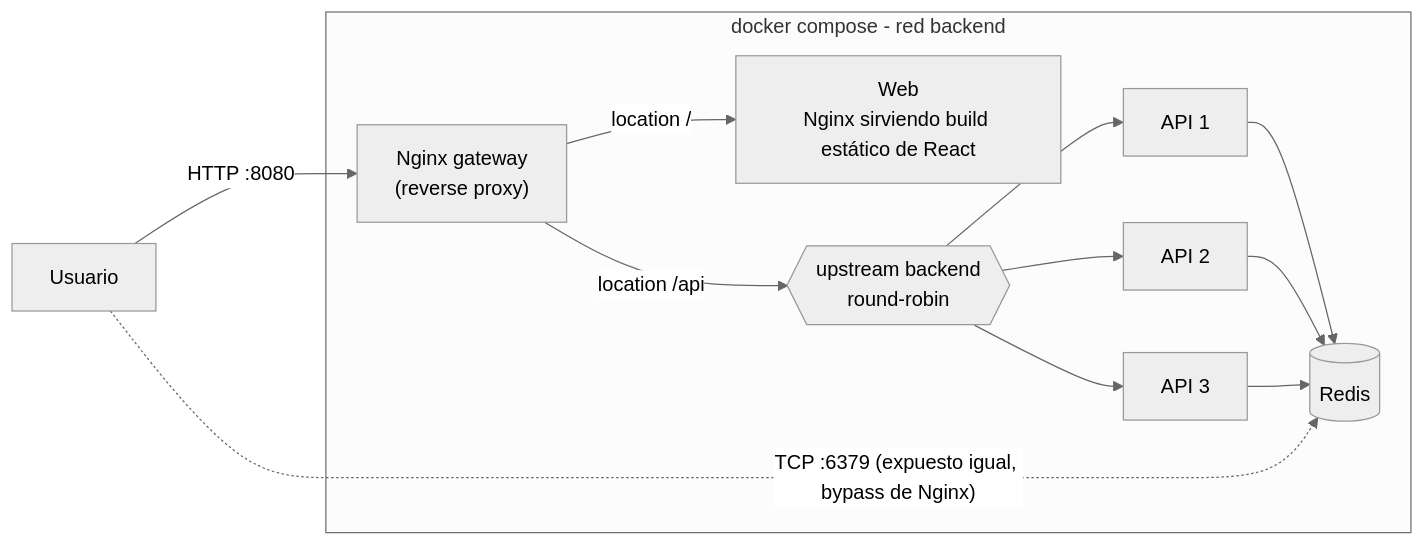
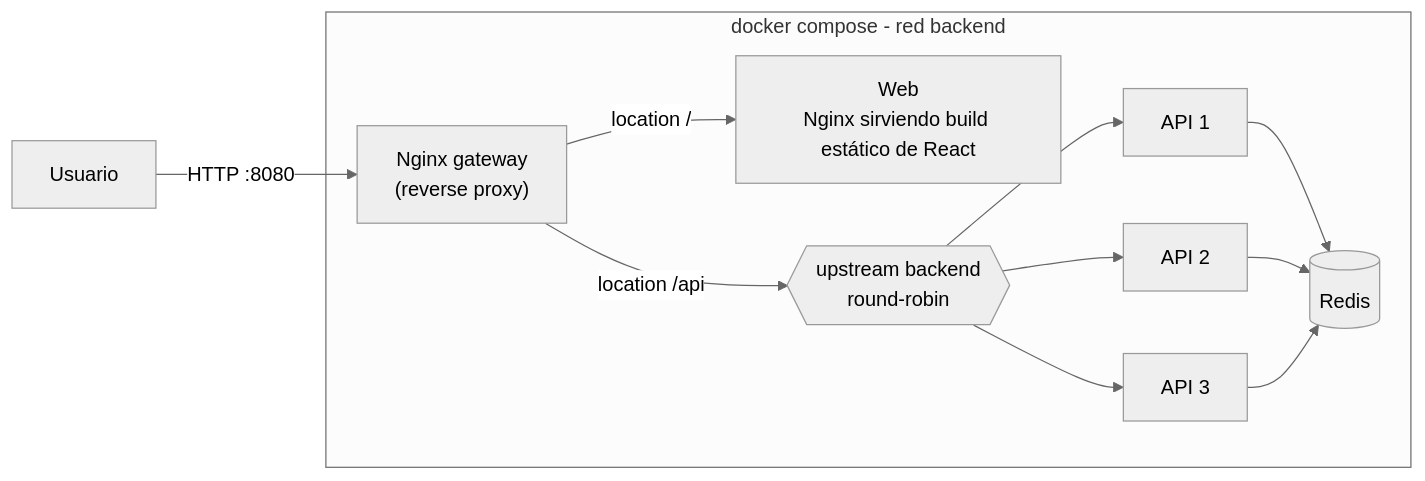
One commit to yamilmoselli/tp1devops changed the first of 2 diagrams in docs/INFORME_TP1_DEVOPS.md. Above: the diagram before and after it, drawn with Mermaid (neutral theme).

Commit message:
Remove TCP port 6379 exposure reference
Removed a line referencing TCP port 6379 exposure.

````diff
--- a/docs/INFORME_TP1_DEVOPS.md
+++ b/docs/INFORME_TP1_DEVOPS.md
@@ -107,25 +107,25 @@
 ```mermaid
 flowchart LR
     U[Usuario]
 
     subgraph compose["docker compose - red backend"]
         N["Nginx gateway<br/>(reverse proxy)"]
         W["Web<br/>Nginx sirviendo build estático de React"]
         UP{{"upstream backend<br/>round-robin"}}
         A1[API 1]
         A2[API 2]
         A3[API 3]
         R[(Redis)]
     end
 
     U -->|"HTTP :8080"| N
     N -->|"location /"| W
     N -->|"location /api"| UP
     UP --> A1
     UP --> A2
     UP --> A3
     A1 --> R
     A2 --> R
     A3 --> R
-    U -.->|"TCP :6379 (expuesto igual, bypass de Nginx)"| R
+
 ```
````
